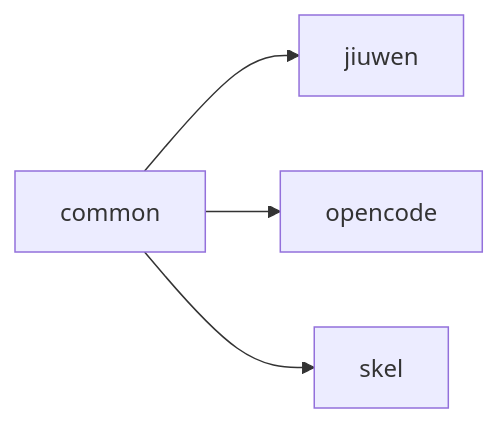
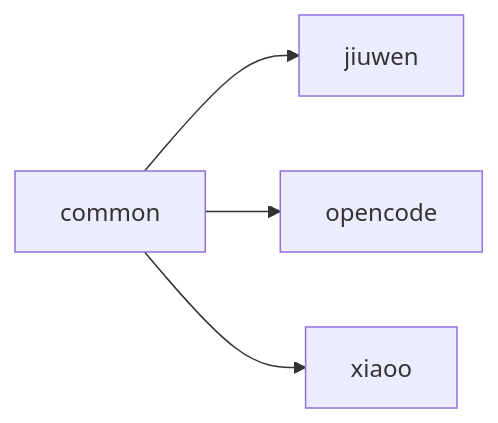
The second of 4 diagrams in docs/agent-ras/designs/modules/platform-adapter.md (openeuler-mirror/agent-insight), drawn with Mermaid before and after one commit. The commit also changed other lines of this file and 40 other files, not shown here.

````diff
--- a/docs/agent-ras/designs/modules/platform-adapter.md
+++ b/docs/agent-ras/designs/modules/platform-adapter.md
@@ -45,6 +43,6 @@
 ```mermaid
 flowchart LR
   common --> jiuwen
   common --> opencode
-  common --> skel
+  common --> xiaoo
 ```
````
